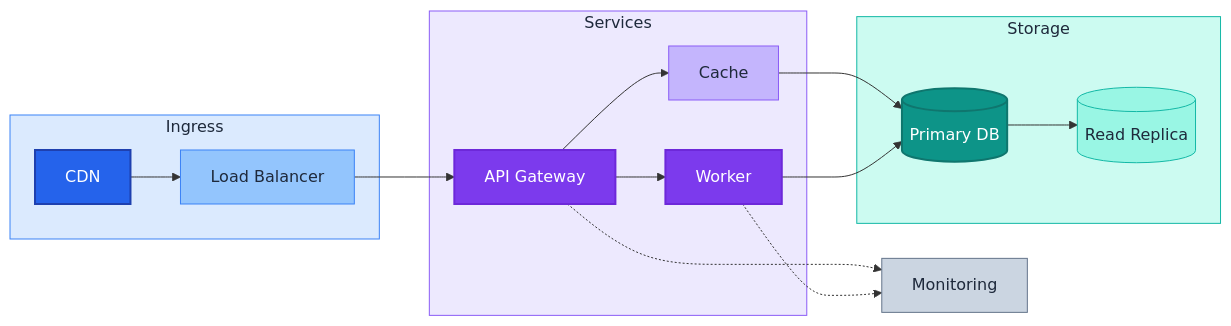
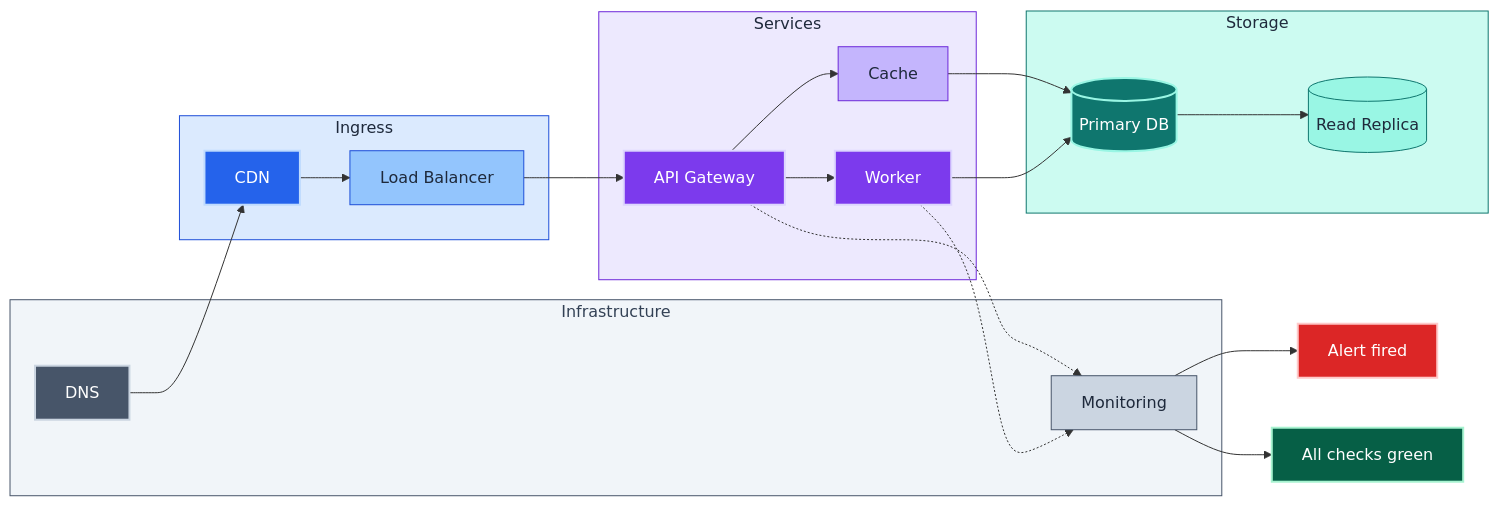
The first of 4 diagrams in skills/mermaidjs-diagrams/resources/color_palette_recipes.md (neozenith/agentic-dotfiles), drawn with Mermaid before and after one commit. The commit also changed other lines of this file and 23 other files, not shown here.

Commit message:
updated mermaidjs docs

````diff
--- a/skills/mermaidjs-diagrams/resources/color_palette_recipes.md
+++ b/skills/mermaidjs-diagrams/resources/color_palette_recipes.md
@@ -146,41 +153,53 @@
 ```mermaid
 flowchart LR
     subgraph ingress["Ingress"]
         cdn["CDN"]:::ingressPrimary
         lb["Load Balancer"]:::ingressSecondary
     end
     subgraph compute["Services"]
         api["API Gateway"]:::computePrimary
         worker["Worker"]:::computePrimary
         cache["Cache"]:::computeSecondary
     end
     subgraph data["Storage"]
         db[("Primary DB")]:::dataPrimary
         replica[("Read Replica")]:::dataSecondary
     end
-    monitor["Monitoring"]:::infraSecondary
+    subgraph infra["Infrastructure"]
+        dns["DNS"]:::infraPrimary
+        monitor["Monitoring"]:::infraSecondary
+    end
+    alert["Alert fired"]:::danger
+    healthy["All checks green"]:::success
 
-    cdn --> lb --> api
+    dns --> cdn --> lb --> api
     api --> worker
     api --> cache --> db
     worker --> db
     db --> replica
     api -.-> monitor
     worker -.-> monitor
+    monitor --> alert
+    monitor --> healthy
 
-    classDef ingressPrimary    fill:#2563eb,stroke:#1e40af,color:#fff,stroke-width:2px
-    classDef ingressSecondary  fill:#93c5fd,stroke:#3b82f6,color:#1e293b,stroke-width:1px
-    classDef computePrimary    fill:#7c3aed,stroke:#6d28d9,color:#fff,stroke-width:2px
-    classDef computeSecondary  fill:#c4b5fd,stroke:#8b5cf6,color:#1e293b,stroke-width:1px
-    classDef dataPrimary       fill:#0d9488,stroke:#0f766e,color:#fff,stroke-width:2px
-    classDef dataSecondary     fill:#99f6e4,stroke:#14b8a6,color:#1e293b,stroke-width:1px
-    classDef infraSecondary    fill:#cbd5e1,stroke:#64748b,color:#1e293b,stroke-width:1px
+    classDef ingressPrimary    fill:#2563eb,stroke:#bfdbfe,color:#fff,stroke-width:2px
+    classDef ingressSecondary  fill:#93c5fd,stroke:#1d4ed8,color:#1e293b,stroke-width:1px
+    classDef computePrimary    fill:#7c3aed,stroke:#ddd6fe,color:#fff,stroke-width:2px
+    classDef computeSecondary  fill:#c4b5fd,stroke:#6d28d9,color:#1e293b,stroke-width:1px
+    classDef dataPrimary       fill:#0f766e,stroke:#99f6e4,color:#fff,stroke-width:2px
+    classDef dataSecondary     fill:#99f6e4,stroke:#0f766e,color:#1e293b,stroke-width:1px
+    classDef infraPrimary      fill:#475569,stroke:#cbd5e1,color:#fff,stroke-width:2px
+    classDef infraSecondary    fill:#cbd5e1,stroke:#475569,color:#1e293b,stroke-width:1px
+    classDef danger            fill:#dc2626,stroke:#fecaca,color:#fff,stroke-width:2px
+    classDef success           fill:#065f46,stroke:#a7f3d0,color:#fff,stroke-width:2px
 
-    classDef sgBlue   fill:#dbeafe,stroke:#3b82f6,color:#1e293b
-    classDef sgViolet fill:#ede9fe,stroke:#8b5cf6,color:#1e293b
-    classDef sgTeal   fill:#ccfbf1,stroke:#14b8a6,color:#1e293b
+    classDef sgIngress fill:#dbeafe,stroke:#1d4ed8,color:#1e293b
+    classDef sgCompute fill:#ede9fe,stroke:#6d28d9,color:#1e293b
+    classDef sgData    fill:#ccfbf1,stroke:#0f766e,color:#1e293b
+    classDef sgInfra   fill:#f1f5f9,stroke:#475569,color:#334155
 
-    class ingress sgBlue
-    class compute sgViolet
-    class data sgTeal
+    class ingress sgIngress
+    class compute sgCompute
+    class data sgData
+    class infra sgInfra
 ```
````
